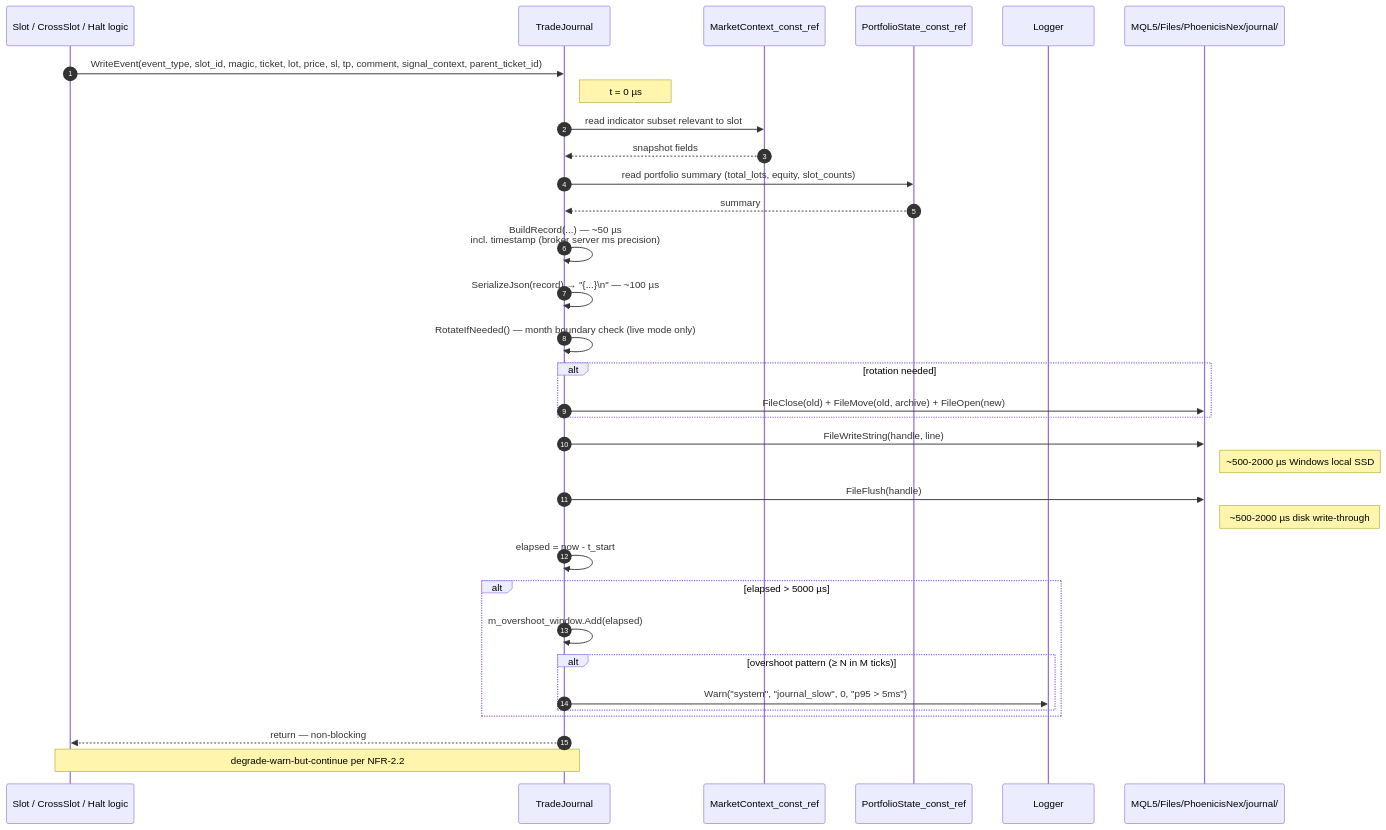
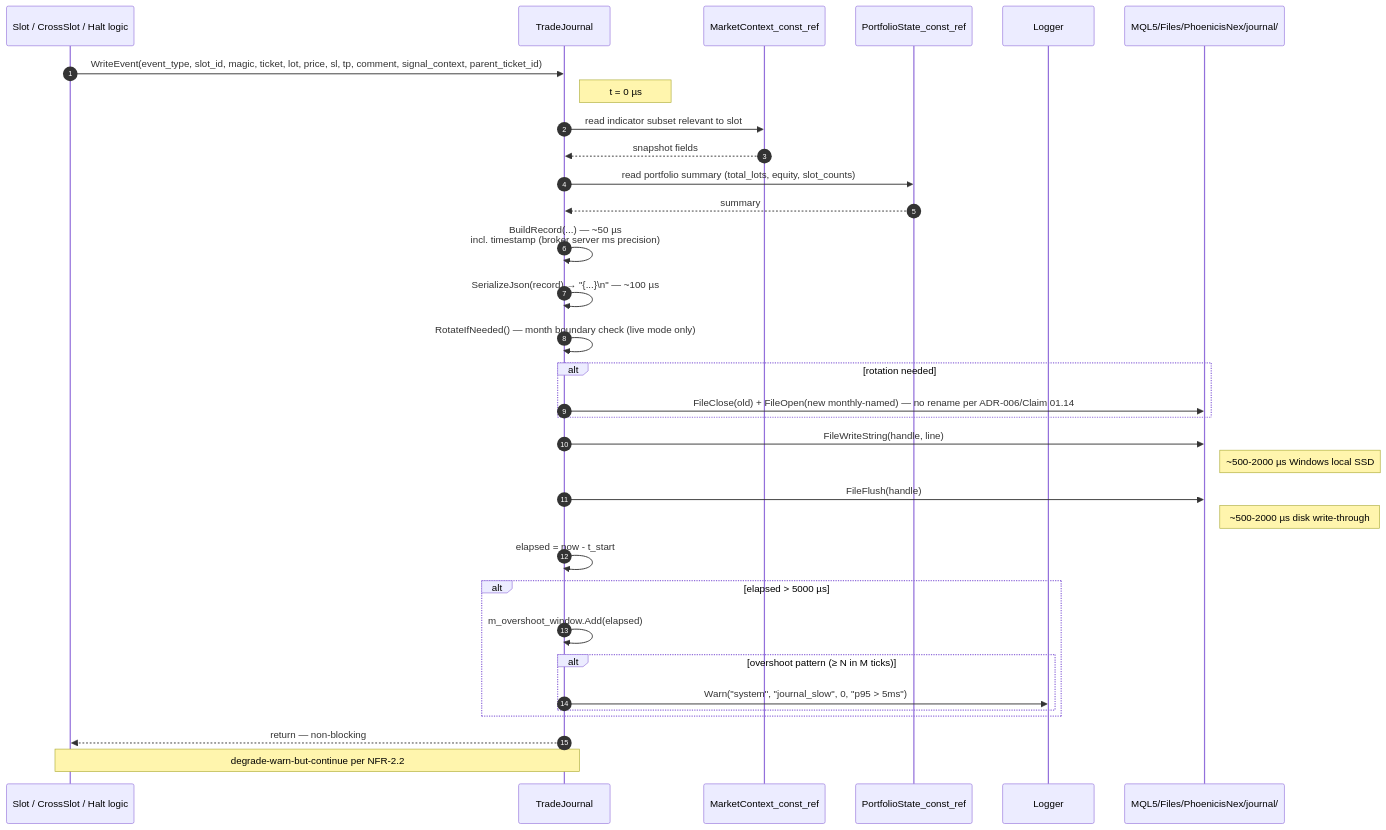
The sixth of 6 diagrams in docs/design-docs/04-data-flow.md (phoenicisf/forex-analyzer), drawn with Mermaid before and after one commit. The commit also changed 71 other files, not shown here.

````diff
--- a/docs/design-docs/04-data-flow.md
+++ b/docs/design-docs/04-data-flow.md
@@ -485,45 +485,45 @@
 ```mermaid
 sequenceDiagram
     autonumber
     participant Caller as Slot / CrossSlot / Halt logic
     participant TJ as TradeJournal
     participant MC as MarketContext_const_ref
     participant PS as PortfolioState_const_ref
     participant LOG as Logger
     participant FS as MQL5/Files/PhoenicisNex/journal/
 
     Caller->>TJ: WriteEvent(event_type, slot_id, magic, ticket, lot, price, sl, tp, comment, signal_context, parent_ticket_id)
     Note right of TJ: t = 0 µs
 
     TJ->>MC: read indicator subset relevant to slot
     MC-->>TJ: snapshot fields
 
     TJ->>PS: read portfolio summary (total_lots, equity, slot_counts)
     PS-->>TJ: summary
 
     TJ->>TJ: BuildRecord(...) — ~50 µs<br/>incl. timestamp (broker server ms precision)
 
     TJ->>TJ: SerializeJson(record) → "{...}\n" — ~100 µs
 
     TJ->>TJ: RotateIfNeeded() — month boundary check (live mode only)
     alt rotation needed
-        TJ->>FS: FileClose(old) + FileMove(old, archive) + FileOpen(new)
+        TJ->>FS: FileClose(old) + FileOpen(new monthly-named) — no rename per ADR-006/Claim 01.14
     end
 
     TJ->>FS: FileWriteString(handle, line)
     Note right of FS: ~500-2000 µs Windows local SSD
 
     TJ->>FS: FileFlush(handle)
     Note right of FS: ~500-2000 µs disk write-through
 
     TJ->>TJ: elapsed = now - t_start
     alt elapsed > 5000 µs
         TJ->>TJ: m_overshoot_window.Add(elapsed)
         alt overshoot pattern (≥ N in M ticks)
             TJ->>LOG: Warn("system", "journal_slow", 0, "p95 > 5ms")
         end
     end
 
     TJ-->>Caller: return — non-blocking
     Note over TJ,Caller: degrade-warn-but-continue per NFR-2.2
 ```
````
